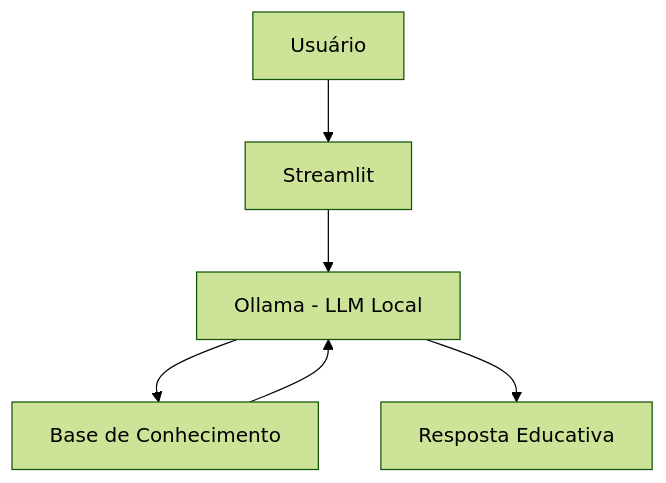
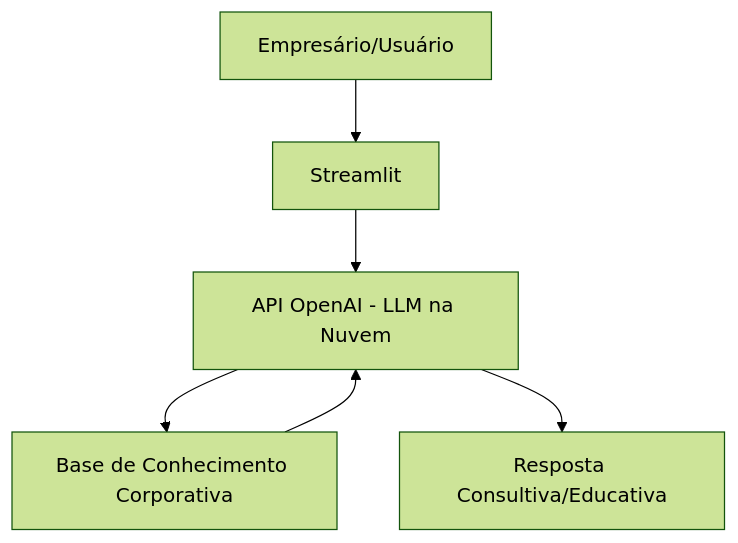
One commit to AtReis-18/dio-lab-bia-do-futuro changed the diagram in README.md. Above: the diagram before and after it, drawn with Mermaid (forest theme). The commit also changed other lines of this file, not shown here.

````diff
--- a/README.md
+++ b/README.md
@@ -22,8 +23,9 @@
 ```mermaid
 flowchart TD
-    A[Usuário] --> B[Streamlit]
-    B --> C[Ollama - LLM Local]
-    C --> D[Base de Conhecimento]
+    A[Empresário/Usuário] --> B[Streamlit]
+    B --> C[API OpenAI - LLM na Nuvem]
+    C --> D[Base de Conhecimento Corporativa]
     D --> C
-    C --> E[Resposta Educativa]
+    C --> E[Resposta Consultiva/Educativa]
+
 ```
````
